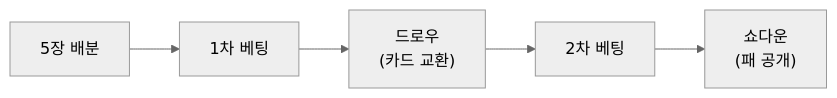
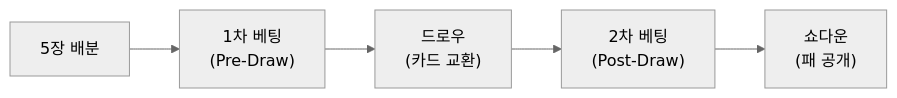
Before and after one commit to garimto81/ebs_github: the second of 5 diagrams in docs/1. Product/Game_Rules/Draw.md, drawn with Mermaid (neutral theme). The commit also changed 9 other files, not shown here.

````diff
--- a/docs/1. Product/Game_Rules/Draw.md
+++ b/docs/1. Product/Game_Rules/Draw.md
@@ -205,7 +205,7 @@
 ```mermaid
 flowchart LR
-    A["5장 배분"] --> B["1차 베팅"]
+    A["5장 배분"] --> B["1차 베팅<br/>(Pre-Draw)"]
     B --> C["드로우<br/>(카드 교환)"]
-    C --> D["2차 베팅"]
+    C --> D["2차 베팅<br/>(Post-Draw)"]
     D --> E["쇼다운<br/>(패 공개)"]
 ```
````
